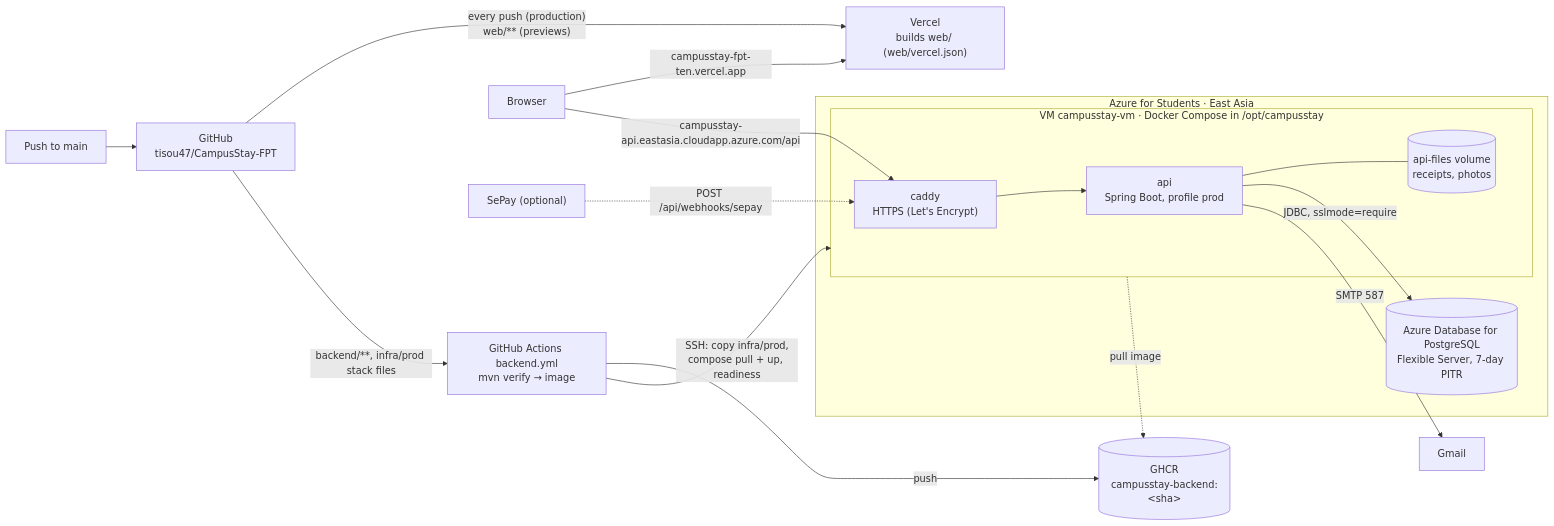
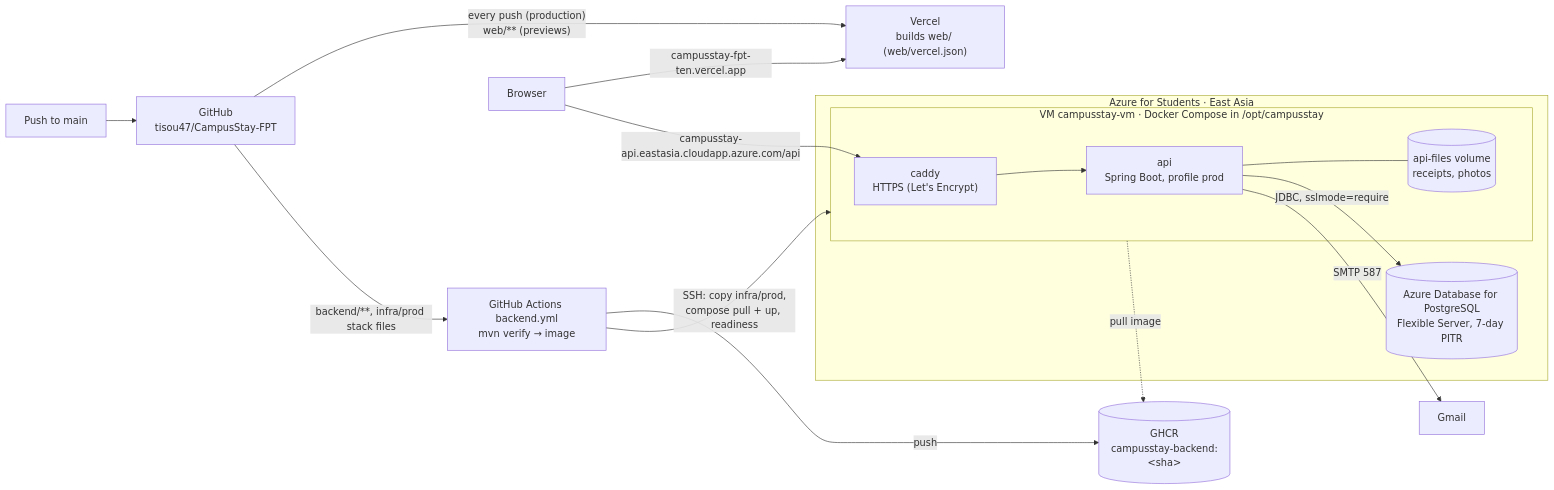
The fifth of 5 diagrams in docs/backend/01_Backend_Architecture.md (tisou47/CampusStay-FPT), drawn with Mermaid before and after one commit. The commit also changed other lines of this file and 133 other files, not shown here.

````diff
--- a/docs/backend/01_Backend_Architecture.md
+++ b/docs/backend/01_Backend_Architecture.md
@@ -398,21 +401,20 @@
 ```mermaid
 flowchart LR
     DEV["Push to main"] --> GH["GitHub<br/>tisou47/CampusStay-FPT"]
     GH -->|"every push (production)<br/>web/** (previews)"| VER["Vercel<br/>builds web/ (web/vercel.json)"]
     GH -->|"backend/**, infra/prod stack files"| GA["GitHub Actions backend.yml<br/>mvn verify → image"]
     GA -->|push| GHCR[("GHCR<br/>campusstay-backend:&lt;sha&gt;")]
     GA -->|"SSH: copy infra/prod,<br/>compose pull + up, readiness"| VM
     subgraph AZ["Azure for Students · East Asia"]
         subgraph VM["VM campusstay-vm · Docker Compose in /opt/campusstay"]
             CADDY["caddy<br/>HTTPS (Let's Encrypt)"] --> API["api<br/>Spring Boot, profile prod"]
             API --- FILES[("api-files volume<br/>receipts, photos")]
         end
         PG[("Azure Database for PostgreSQL<br/>Flexible Server, 7-day PITR")]
     end
     API -->|"JDBC, sslmode=require"| PG
     VM -.->|pull image| GHCR
     USER["Browser"] -->|"campusstay-fpt-ten.vercel.app"| VER
     USER -->|"campusstay-api.eastasia.cloudapp.azure.com/api"| CADDY
     API -->|SMTP 587| GMAIL["Gmail"]
-    SEPAY["SePay (optional)"] -.->|"POST /api/webhooks/sepay"| CADDY
 ```
````
